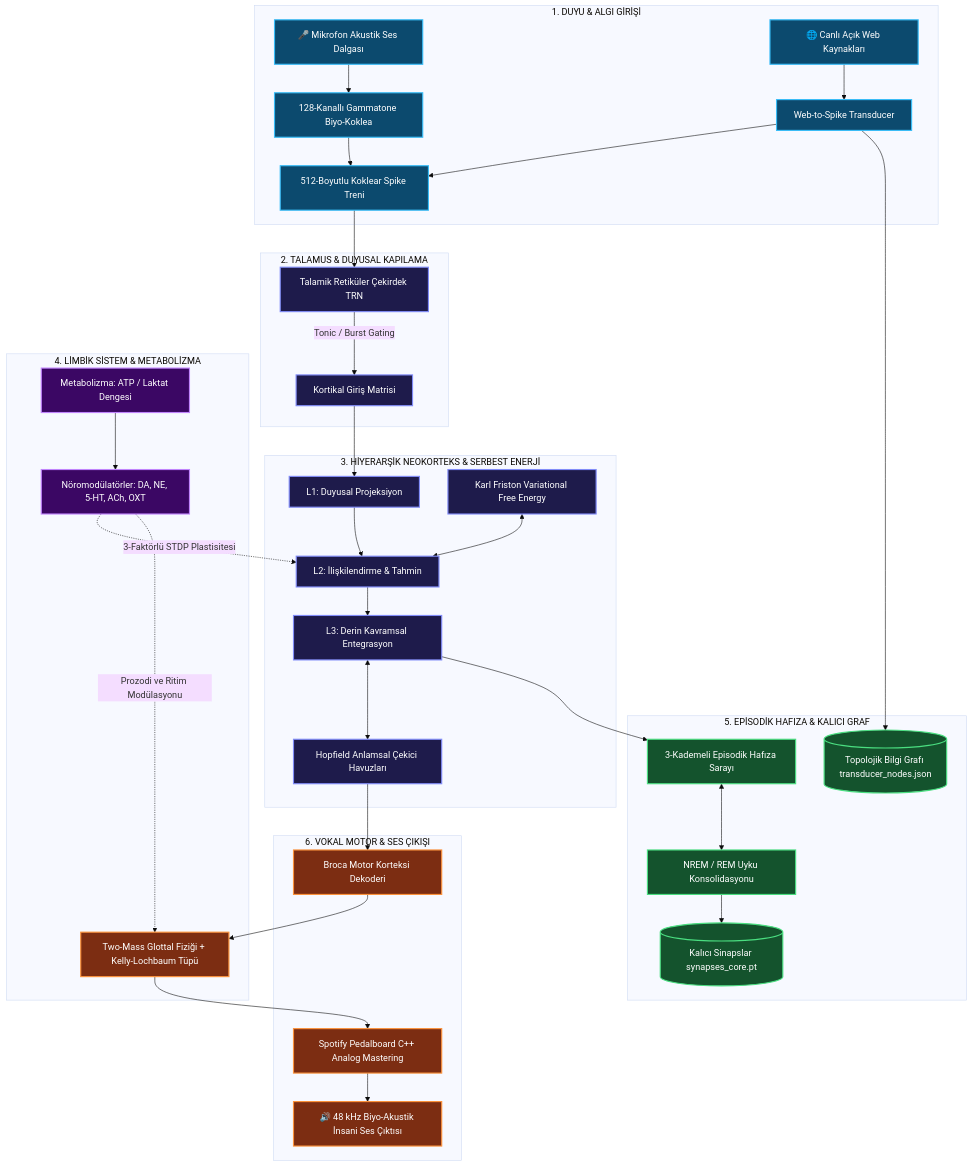
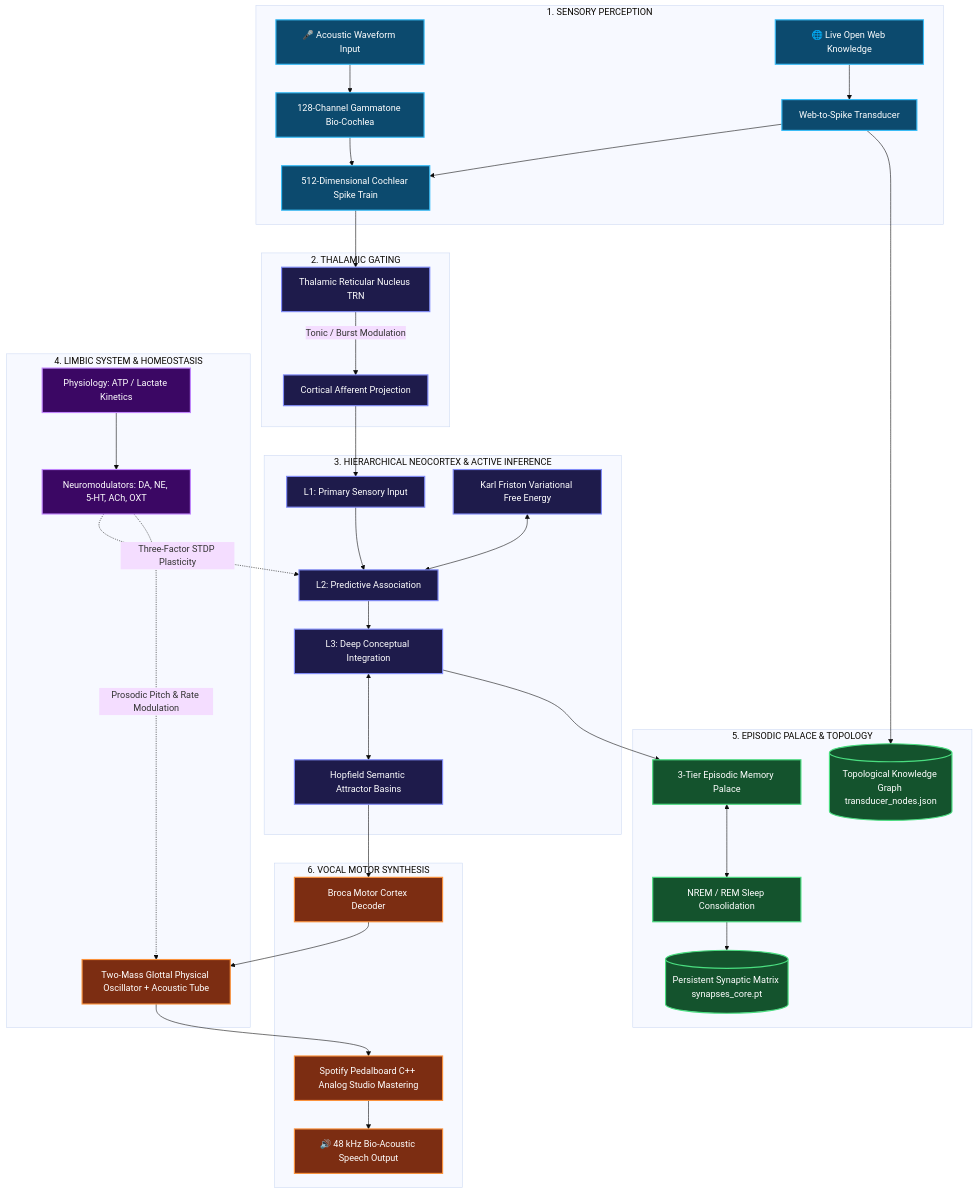
The diagram in README.md (dobby-aidev/dona-aeon-showcase), drawn with Mermaid (base theme) before and after one commit. The commit also changed other lines of this file, not shown here.

````diff
--- a/README.md
+++ b/README.md
@@ -93,54 +93,54 @@
 ```mermaid
 graph TD
-    subgraph PERCEPTION ["1. DUYU & ALGI GİRİŞİ"]
-        MIC[🎤 Mikrofon Akustik Ses Dalgası] --> COCHLEA[128-Kanallı Gammatone Biyo-Koklea]
-        WEB[🌐 Canlı Açık Web Kaynakları] --> TRANSDUCER[Web-to-Spike Transducer]
-        COCHLEA --> SPIKES[512-Boyutlu Koklear Spike Treni]
+    subgraph PERCEPTION ["1. SENSORY PERCEPTION"]
+        MIC[🎤 Acoustic Waveform Input] --> COCHLEA[128-Channel Gammatone Bio-Cochlea]
+        WEB[🌐 Live Open Web Knowledge] --> TRANSDUCER[Web-to-Spike Transducer]
+        COCHLEA --> SPIKES[512-Dimensional Cochlear Spike Train]
         TRANSDUCER --> SPIKES
     end
 
-    subgraph THALAMUS ["2. TALAMUS & DUYUSAL KAPILAMA"]
-        SPIKES --> TRN[Talamik Retiküler Çekirdek TRN]
-        TRN -->|Tonic / Burst Gating| CORTEX_IN[Kortikal Giriş Matrisi]
+    subgraph THALAMUS ["2. THALAMIC GATING"]
+        SPIKES --> TRN[Thalamic Reticular Nucleus TRN]
+        TRN -->|Tonic / Burst Modulation| CORTEX_IN[Cortical Afferent Projection]
     end
 
-    subgraph NEOCORTEX ["3. HİYERARŞİK NEOKORTEKS & SERBEST ENERJİ"]
-        CORTEX_IN --> L1[L1: Duyusal Projeksiyon]
-        L1 --> L2[L2: İlişkilendirme & Tahmin]
-        L2 --> L3[L3: Derin Kavramsal Entegrasyon]
+    subgraph NEOCORTEX ["3. HIERARCHICAL NEOCORTEX & ACTIVE INFERENCE"]
+        CORTEX_IN --> L1[L1: Primary Sensory Input]
+        L1 --> L2[L2: Predictive Association]
+        L2 --> L3[L3: Deep Conceptual Integration]
         FEP[Karl Friston Variational Free Energy] <--> L2
-        L3 <--> ATTRACTOR[Hopfield Anlamsal Çekici Havuzları]
+        L3 <--> ATTRACTOR[Hopfield Semantic Attractor Basins]
     end
 
-    subgraph LIMBIC ["4. LİMBİK SİSTEM & METABOLİZMA"]
-        ATP[Metabolizma: ATP / Laktat Dengesi] --> NEUROCHEM[Nöromodülatörler: DA, NE, 5-HT, ACh, OXT]
-        NEUROCHEM -.->|3-Faktörlü STDP Plastisitesi| L2
-        NEUROCHEM -.->|Prozodi ve Ritim Modülasyonu| VOCAL
+    subgraph LIMBIC ["4. LIMBIC SYSTEM & HOMEOSTASIS"]
+        ATP[Physiology: ATP / Lactate Kinetics] --> NEUROCHEM[Neuromodulators: DA, NE, 5-HT, ACh, OXT]
+        NEUROCHEM -.->|Three-Factor STDP Plasticity| L2
+        NEUROCHEM -.->|Prosodic Pitch & Rate Modulation| VOCAL
     end
 
-    subgraph MEMORY ["5. EPİSODİK HAFIZA & KALICI GRAF"]
-        L3 --> PALACE[3-Kademeli Episodik Hafıza Sarayı]
-        PALACE <--> CONSOLIDATION[NREM / REM Uyku Konsolidasyonu]
-        CONSOLIDATION --> SYNAPSES[(Kalıcı Sinapslar synapses_core.pt)]
-        TRANSDUCER --> TOPOLOGY[(Topolojik Bilgi Grafı transducer_nodes.json)]
+    subgraph MEMORY ["5. EPISODIC PALACE & TOPOLOGY"]
+        L3 --> PALACE[3-Tier Episodic Memory Palace]
+        PALACE <--> CONSOLIDATION[NREM / REM Sleep Consolidation]
+        CONSOLIDATION --> SYNAPSES[(Persistent Synaptic Matrix synapses_core.pt)]
+        TRANSDUCER --> TOPOLOGY[(Topological Knowledge Graph transducer_nodes.json)]
     end
 
-    subgraph MOTOR ["6. VOKAL MOTOR & SES ÇIKIŞI"]
-        ATTRACTOR --> BROCA[Broca Motor Korteksi Dekoderi]
-        BROCA --> VOCAL[Two-Mass Glottal Fiziği + Kelly-Lochbaum Tüpü]
-        VOCAL --> PEDALBOARD[Spotify Pedalboard C++ Analog Mastering]
-        PEDALBOARD --> AUDIO[🔊 48 kHz Biyo-Akustik İnsani Ses Çıktısı]
+    subgraph MOTOR ["6. VOCAL MOTOR SYNTHESIS"]
+        ATTRACTOR --> BROCA[Broca Motor Cortex Decoder]
+        BROCA --> VOCAL[Two-Mass Glottal Physical Oscillator + Acoustic Tube]
+        VOCAL --> PEDALBOARD[Spotify Pedalboard C++ Analog Studio Mastering]
+        PEDALBOARD --> AUDIO[🔊 48 kHz Bio-Acoustic Speech Output]
     end
 
     classDef perc fill:#0c4a6e,stroke:#38bdf8,stroke-width:2px,color:#fff;
     classDef cort fill:#1e1b4b,stroke:#818cf8,stroke-width:2px,color:#fff;
     classDef limb fill:#3b0764,stroke:#c084fc,stroke-width:2px,color:#fff;
     classDef memo fill:#14532d,stroke:#4ade80,stroke-width:2px,color:#fff;
     classDef moto fill:#7c2d12,stroke:#fb923c,stroke-width:2px,color:#fff;
 
     class MIC,WEB,COCHLEA,TRANSDUCER,SPIKES perc;
     class TRN,CORTEX_IN,L1,L2,L3,FEP,ATTRACTOR cort;
     class ATP,NEUROCHEM limb;
     class PALACE,CONSOLIDATION,SYNAPSES,TOPOLOGY memo;
     class BROCA,VOCAL,PEDALBOARD,AUDIO moto;
 ```
````
